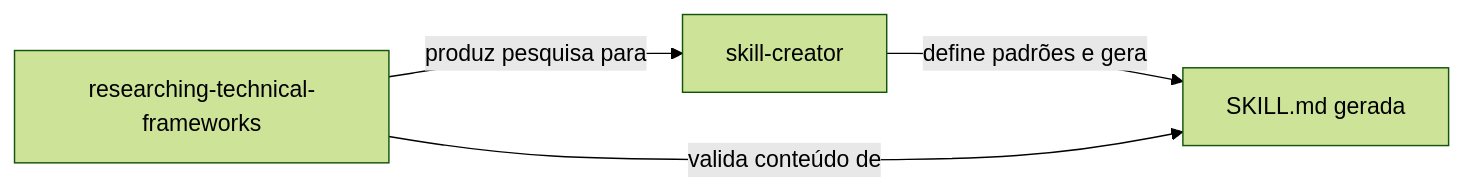
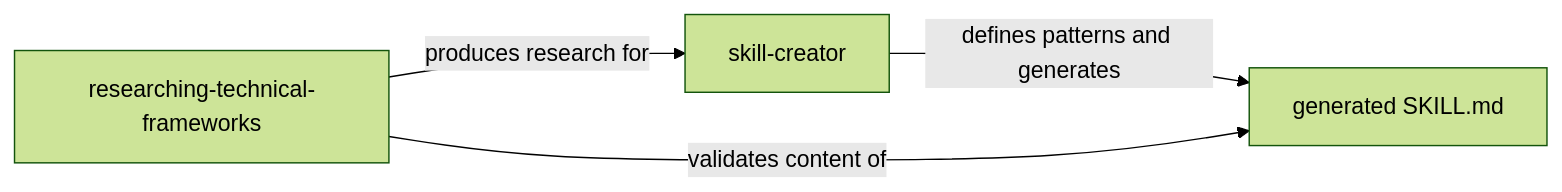
Before and after one commit to rodrigo-mendes/agents-factory: the diagram in docs/capacidades/skills.md, drawn with Mermaid (forest theme). The commit also changed other lines of this file and 70 other files, not shown here.

````diff
--- a/docs/capacidades/skills.md
+++ b/docs/capacidades/skills.md
@@ -83,6 +83,6 @@
 ```mermaid
 graph LR
-    R[researching-technical-frameworks] -->|produz pesquisa para| A[skill-creator]
-    A -->|define padrões e gera| SK[SKILL.md gerada]
-    R -->|valida conteúdo de| SK
+    R[researching-technical-frameworks] -->|produces research for| A[skill-creator]
+    A -->|defines patterns and generates| SK[generated SKILL.md]
+    R -->|validates content of| SK
 ```
````
